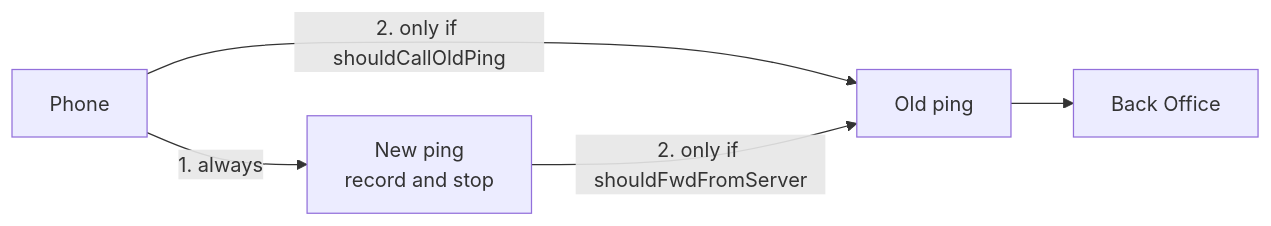
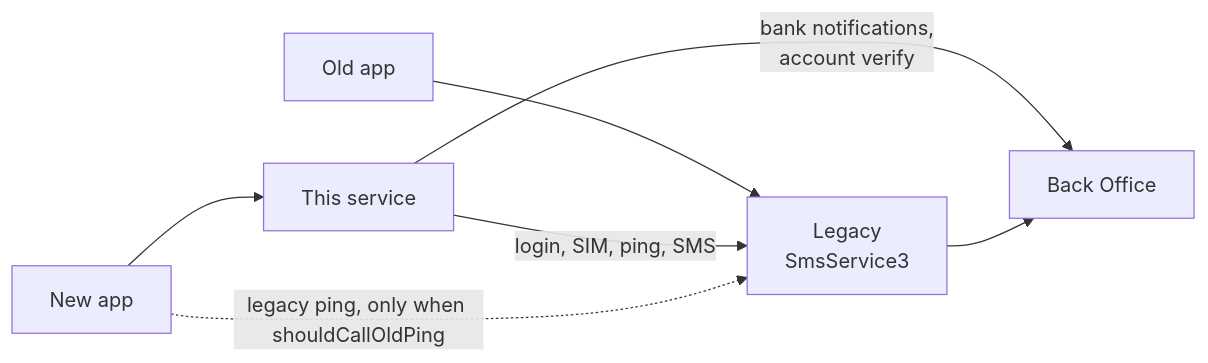
Before and after one commit to ryenguyen7411/jms-docs: the diagram in plans-next-architecture/00-index.md, drawn with Mermaid. The commit also changed other lines of this file and 12 other files, not shown here.

````diff
--- a/plans-next-architecture/00-index.md
+++ b/plans-next-architecture/00-index.md
@@ -28,7 +23,9 @@
 ```mermaid
 flowchart LR
-    APP["Phone"] -->|"1. always"| NEW["New ping<br/>record and stop"]
-    APP -->|"2. only if shouldCallOldPing"| OLD["Old ping"]
-    NEW -->|"2. only if shouldFwdFromServer"| OLD
-    OLD --> BO["Back Office"]
+    OLDAPP["Old app"] --> LEG["Legacy<br/>SmsService3"]
+    NEWAPP["New app"] --> JMS["This service"]
+    JMS -->|"login, SIM, ping, SMS"| LEG
+    JMS -->|"bank notifications,<br/>account verify"| BO["Back Office"]
+    LEG --> BO
+    NEWAPP -.->|"legacy ping, only when shouldCallOldPing"| LEG
 ```
````
